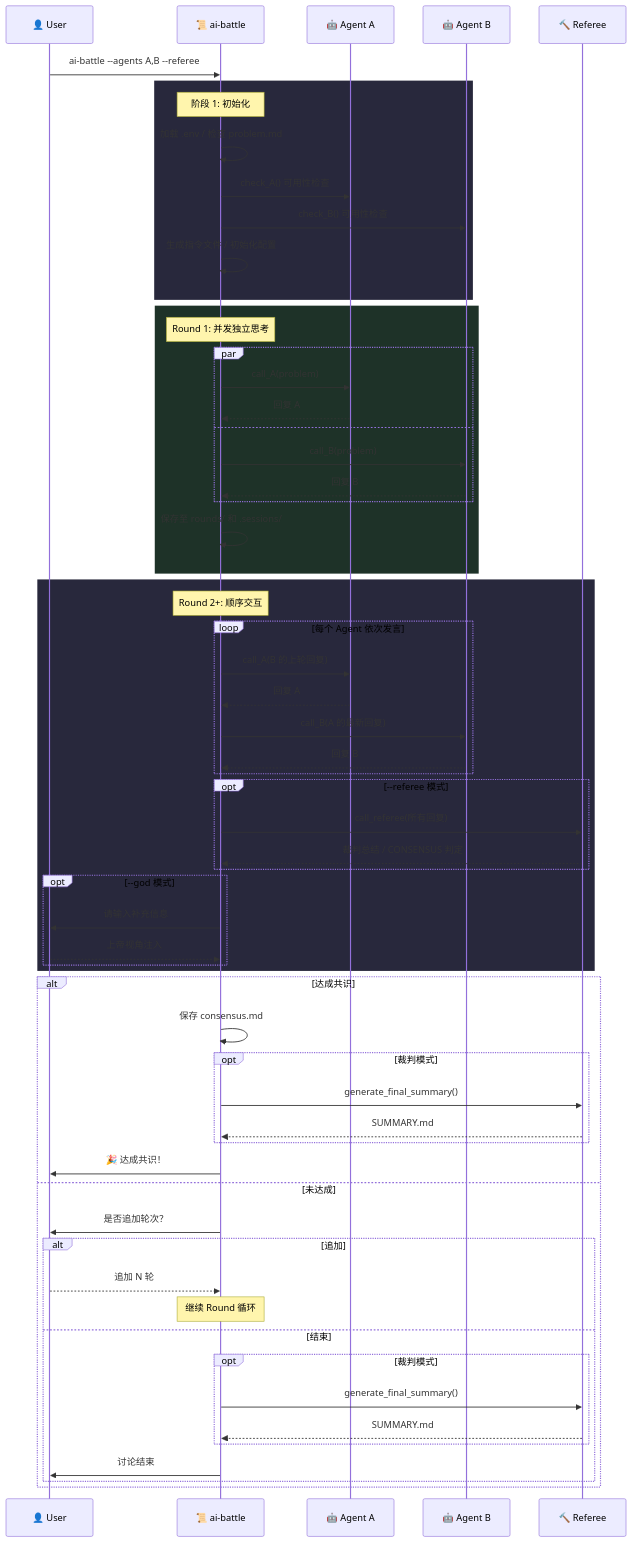
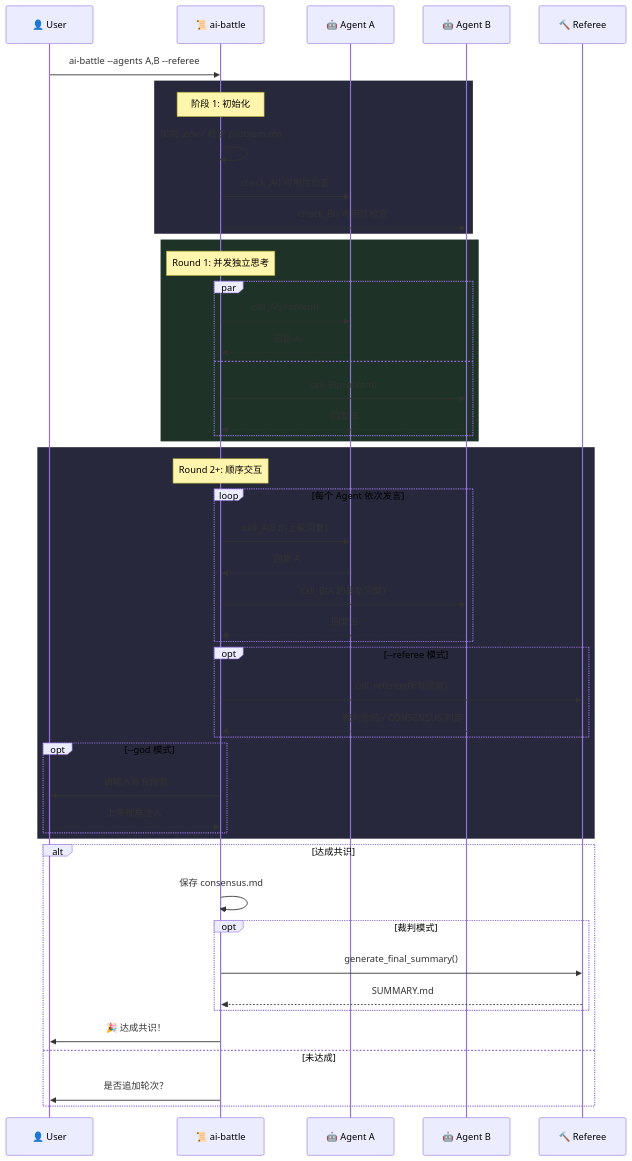
Before and after one commit to Alfonsxh/ai-battle: the diagram in README.md, drawn with Mermaid. The commit also changed other lines of this file, not shown here.

````diff
--- a/README.md
+++ b/README.md
@@ -83,71 +102,59 @@
 ```mermaid
 sequenceDiagram
     participant U as 👤 User
     participant S as 📜 ai-battle
     participant A as 🤖 Agent A
     participant B as 🤖 Agent B
     participant R as 🔨 Referee
 
     U->>S: ai-battle --agents A,B --referee
 
     rect rgb(40, 40, 60)
         Note over S: 阶段 1: 初始化
         S->>S: 加载 .env / 检查 problem.md
         S->>A: check_A() 可用性检查
         S->>B: check_B() 可用性检查
-        S->>S: 生成指令文件 / 初始化配置
     end
 
     rect rgb(30, 50, 40)
         Note over S: Round 1: 并发独立思考
         par
             S->>A: call_A(problem)
             A-->>S: 回复 A
         and
             S->>B: call_B(problem)
             B-->>S: 回复 B
         end
-        S->>S: 保存至 rounds/ 和 .sessions/
     end
 
     rect rgb(40, 40, 60)
         Note over S: Round 2+: 顺序交互
         loop 每个 Agent 依次发言
             S->>A: call_A(B 的上轮回复)
             A-->>S: 回复 A
             S->>B: call_B(A 的最新回复)
             B-->>S: 回复 B
         end
 
         opt --referee 模式
             S->>R: call_referee(所有回复)
             R-->>S: 裁判总结 / CONSENSUS 判定
         end
 
         opt --god 模式
             S->>U: 请输入补充信息
             U-->>S: 上帝视角注入
         end
     end
 
     alt 达成共识
         S->>S: 保存 consensus.md
         opt 裁判模式
             S->>R: generate_final_summary()
             R-->>S: SUMMARY.md
         end
         S->>U: 🎉 达成共识！
     else 未达成
         S->>U: 是否追加轮次？
-        alt 追加
-            U-->>S: 追加 N 轮
-            Note over S: 继续 Round 循环
-        else 结束
-            opt 裁判模式
-                S->>R: generate_final_summary()
-                R-->>S: SUMMARY.md
-            end
-            S->>U: 讨论结束
-        end
     end
 ```
````
